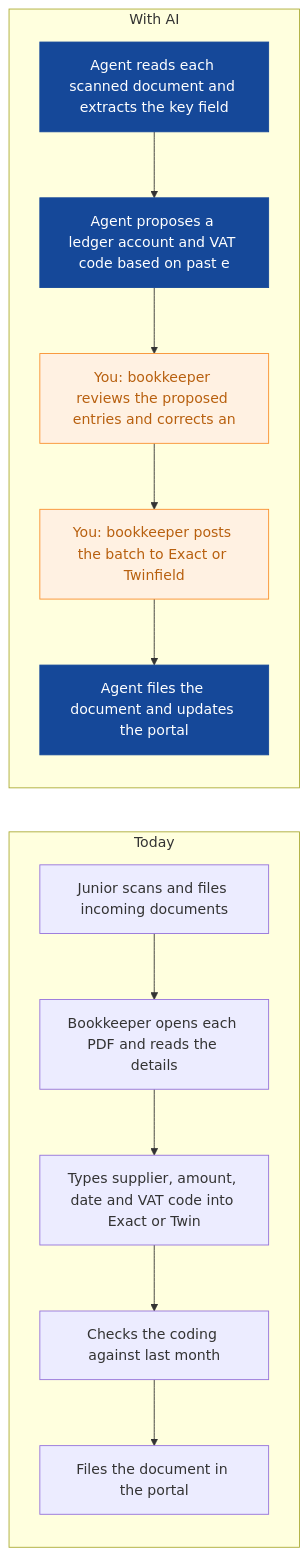
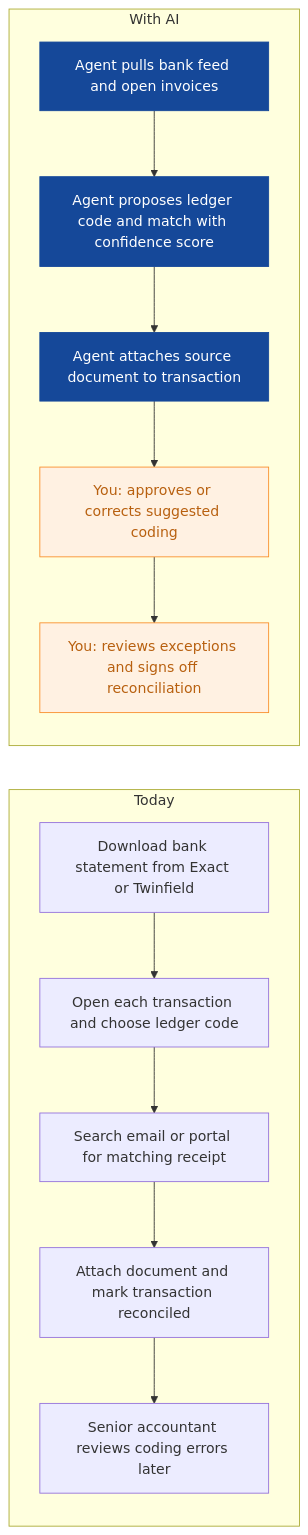
One commit to nexibeo/Complete-AI-Strategy changed the second of 9 diagrams in strategies/brightwater-accountancy.md. Above: the diagram before and after it, drawn with Mermaid. The commit also changed other lines of this file and 26 other files, not shown here.

````diff
--- a/strategies/brightwater-accountancy.md
+++ b/strategies/brightwater-accountancy.md
@@ -77,23 +82,23 @@
 ```mermaid
 flowchart LR
   subgraph Today
-    B0["Junior scans and files incoming documents"]
-    B1["Bookkeeper opens each PDF and reads the details"]
-    B2["Types supplier, amount, date and VAT code into Exact or Twin"]
-    B3["Checks the coding against last month"]
-    B4["Files the document in the portal"]
+    B0["Download bank statement from Exact or Twinfield"]
+    B1["Open each transaction and choose ledger code"]
+    B2["Search email or portal for matching receipt"]
+    B3["Attach document and mark transaction reconciled"]
+    B4["Senior accountant reviews coding errors later"]
     B0 --> B1 --> B2 --> B3 --> B4
   end
   subgraph WithAI[With AI]
-    A0["Agent reads each scanned document and extracts the key field"]
-    A1["Agent proposes a ledger account and VAT code based on past e"]
-    A2["You: bookkeeper reviews the proposed entries and corrects an"]
-    A3["You: bookkeeper posts the batch to Exact or Twinfield"]
-    A4["Agent files the document and updates the portal"]
+    A0["Agent pulls bank feed and open invoices"]
+    A1["Agent proposes ledger code and match with confidence score"]
+    A2["Agent attaches source document to transaction"]
+    A3["You: approves or corrects suggested coding"]
+    A4["You: reviews exceptions and signs off reconciliation"]
     A0 --> A1 --> A2 --> A3 --> A4
   end
   classDef ai fill:#154899,color:#fff,stroke:#154899
   classDef human fill:#FFF1E2,color:#B8600F,stroke:#F98F2C
-  class A0,A1,A4 ai
-  class A2,A3 human
+  class A0,A1,A2 ai
+  class A3,A4 human
 ```
````
